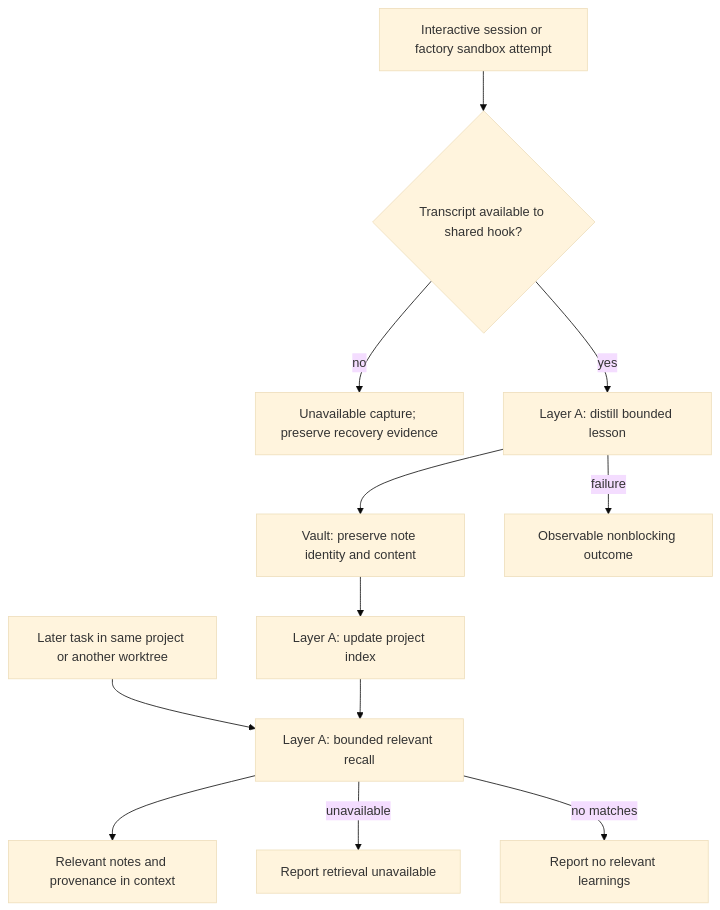
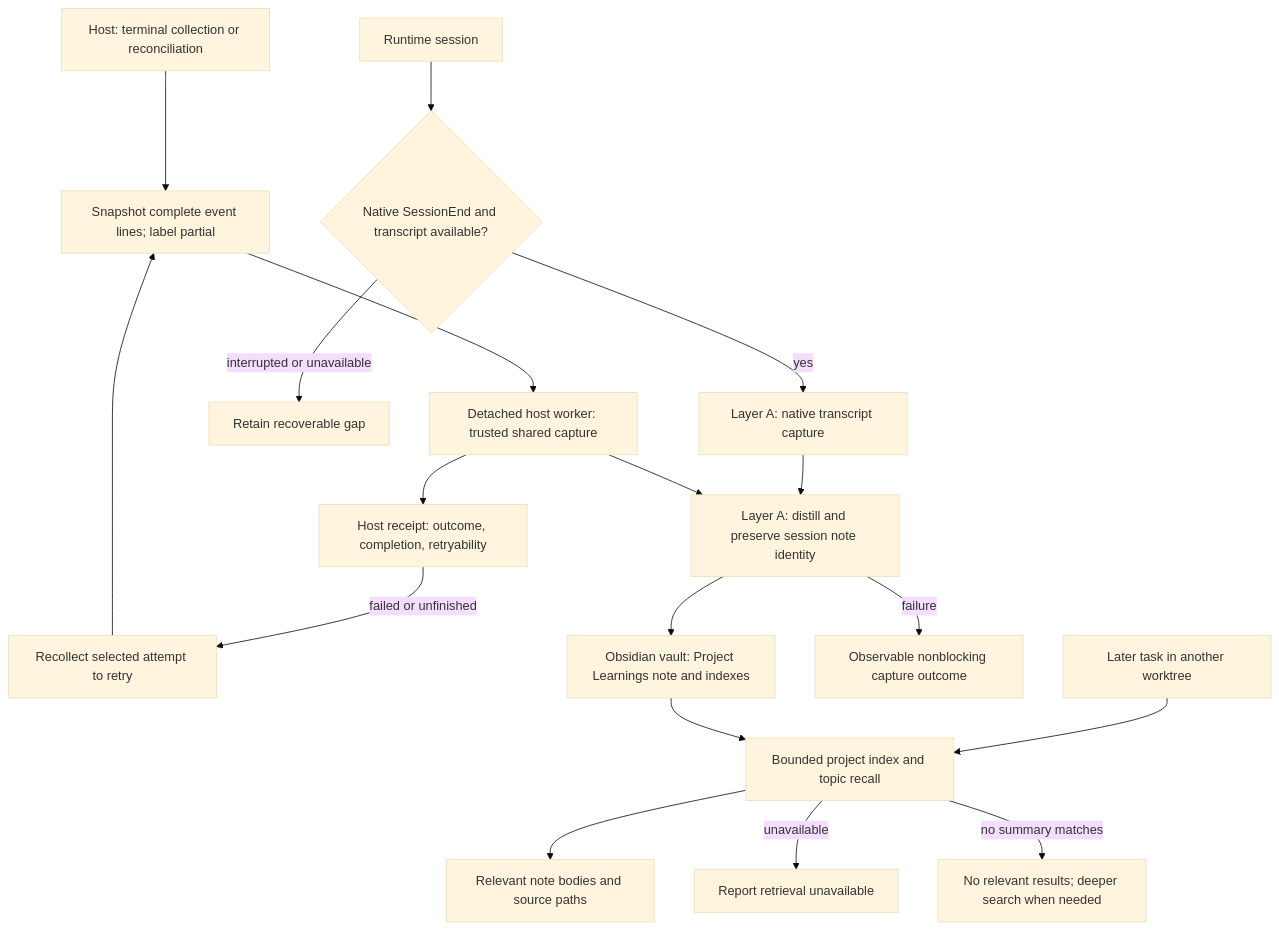
One commit to jchen1707/factory changed the ninth of 9 diagrams in docs/workflows.md. Above: the diagram before and after it, drawn with Mermaid (base theme). The commit also changed other lines of this file and 3 other files, not shown here.

Commit message:
docs: explain vault capture and retained-event recovery

````diff
--- a/docs/workflows.md
+++ b/docs/workflows.md
@@ -221,14 +232,20 @@
 ```mermaid
 flowchart TD
-  S[Interactive session or factory sandbox attempt] --> T{Transcript available to shared hook?}
-  T -->|no| U[Unavailable capture; preserve recovery evidence]
-  T -->|yes| D[Layer A: distill bounded lesson]
-  D --> N[Vault: preserve note identity and content]
-  N --> I[Layer A: update project index]
-  D -->|failure| F[Observable nonblocking outcome]
-  L[Later task in same project or another worktree] --> R[Layer A: bounded relevant recall]
-  I --> R
-  R --> C[Relevant notes and provenance in context]
-  R -->|unavailable| E[Report retrieval unavailable]
-  R -->|no matches| Z[Report no relevant learnings]
+  S[Runtime session] --> T{Native SessionEnd and transcript available?}
+  T -->|yes| N[Layer A: native transcript capture]
+  T -->|interrupted or unavailable| U[Retain recoverable gap]
+  H[Host: terminal collection or reconciliation] --> P[Snapshot complete event lines; label partial]
+  P --> W[Detached host worker: trusted shared capture]
+  W --> R[Host receipt: outcome, completion, retryability]
+  R -->|failed or unfinished| X[Recollect selected attempt to retry]
+  X --> P
+  N --> D[Layer A: distill and preserve session note identity]
+  W --> D
+  D --> V[Obsidian vault: Project Learnings note and indexes]
+  D -->|failure| F[Observable nonblocking capture outcome]
+  L[Later task in another worktree] --> I[Bounded project index and topic recall]
+  V --> I
+  I --> C[Relevant note bodies and source paths]
+  I -->|unavailable| E[Report retrieval unavailable]
+  I -->|no summary matches| Z[No relevant results; deeper search when needed]
 ```
````
